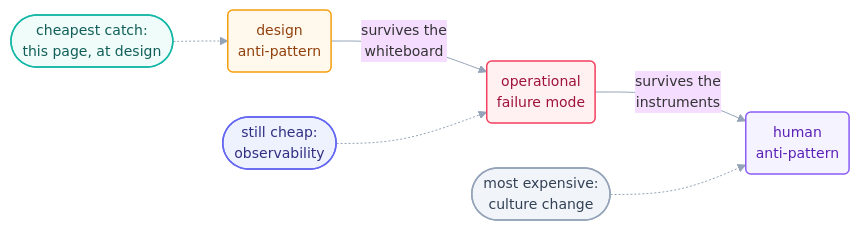
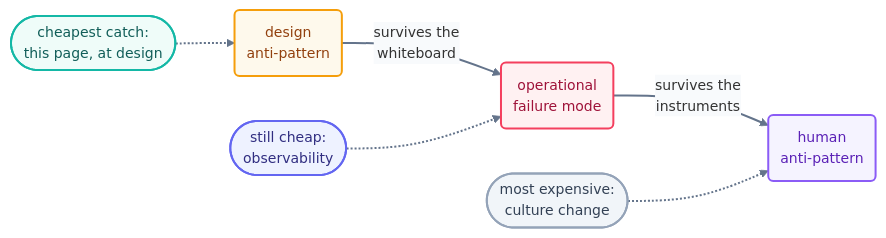
Before and after one commit to ayeshakhalid192007-dev/LoopEngineering-CrashCourse: the diagram in docs/10-operating/anti-patterns.md, drawn with Mermaid. The commit also changed 66 other files, not shown here.

First line of the commit message:
docs(diagrams): bolden and unify all 70 mermaid diagrams

````diff
--- a/docs/10-operating/anti-patterns.md
+++ b/docs/10-operating/anti-patterns.md
@@ -47,15 +47,16 @@
 ```mermaid
-%%{init: {'theme':'base','themeVariables':{'fontFamily':'ui-sans-serif, system-ui, sans-serif','fontSize':'14px','lineColor':'#94a3b8'},'flowchart':{'curve':'basis','nodeSpacing':45,'rankSpacing':50,'padding':10}}}%%
+%%{init: {'theme':'base','themeVariables':{'fontFamily':'ui-sans-serif, system-ui, sans-serif','fontSize':'14px','lineColor':'#64748b','edgeLabelBackground':'#f8fafc'},'flowchart':{'curve':'basis','nodeSpacing':45,'rankSpacing':55,'padding':12}}}%%
 flowchart LR
     D("design<br/>anti-pattern"):::warn -->|"survives the<br/>whiteboard"| O("operational<br/>failure mode"):::bad
     O -->|"survives the<br/>instruments"| H("human<br/>anti-pattern"):::worse
     CATCH1(["cheapest catch:<br/>this page, at design"]):::win -.-> D
     CATCH2(["still cheap:<br/>observability"]):::ok -.-> O
     CATCH3(["most expensive:<br/>culture change"]):::stop -.-> H
-    classDef warn fill:#fef9ec,stroke:#f59e0b,stroke-width:1.5px,color:#92400e;
-    classDef bad fill:#fff1f2,stroke:#f43f5e,stroke-width:1.5px,color:#9f1239;
-    classDef worse fill:#f5f3ff,stroke:#8b5cf6,stroke-width:1.5px,color:#5b21b6;
-    classDef win fill:#effcf9,stroke:#14b8a6,stroke-width:1.5px,color:#115e59;
-    classDef ok fill:#eef2ff,stroke:#6366f1,stroke-width:1.5px,color:#312e81;
-    classDef stop fill:#f1f5f9,stroke:#94a3b8,stroke-width:1.5px,color:#334155;
+    linkStyle default stroke:#64748b,stroke-width:2px;
+    classDef warn fill:#fef9ec,stroke:#f59e0b,stroke-width:2px,color:#92400e;
+    classDef bad fill:#fff1f2,stroke:#f43f5e,stroke-width:2px,color:#9f1239;
+    classDef worse fill:#f5f3ff,stroke:#8b5cf6,stroke-width:2px,color:#5b21b6;
+    classDef win fill:#effcf9,stroke:#14b8a6,stroke-width:2px,color:#115e59;
+    classDef ok fill:#eef2ff,stroke:#6366f1,stroke-width:2px,color:#312e81;
+    classDef stop fill:#f1f5f9,stroke:#94a3b8,stroke-width:2px,color:#334155;
 ```
````
